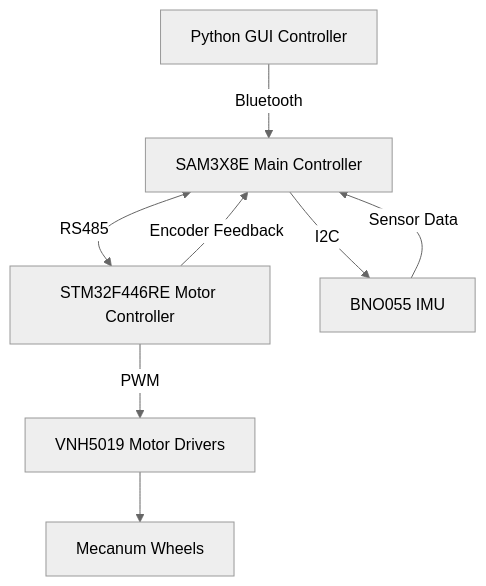
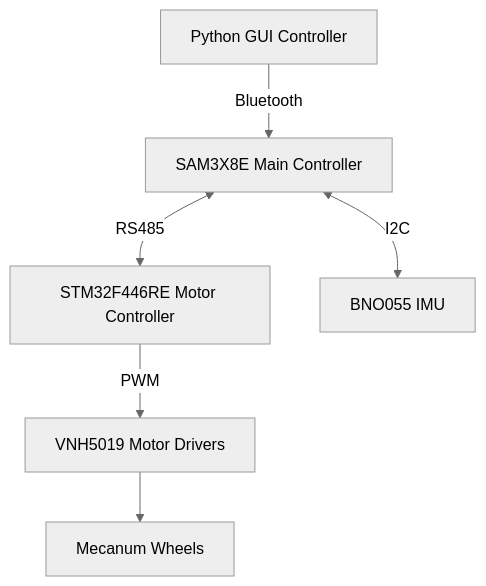
One commit to Banu-Liyanage/OmniDirectionalRobot-EN2160 changed the diagram in README.md. Above: the diagram before and after it, drawn with Mermaid (neutral theme). The commit also changed other lines of this file and 2 other files, not shown here.

````diff
--- a/README.md
+++ b/README.md
@@ -162,10 +161,10 @@
 ```mermaid
 graph TD
     A[Python GUI Controller] -->|Bluetooth| B[SAM3X8E Main Controller]
     B <-->|RS485| C[STM32F446RE Motor Controller]
-    B -->|I2C| D[BNO055 IMU]
+    B <-->|I2C| D[BNO055 IMU]
     C -->|PWM| E[VNH5019 Motor Drivers]
     E --> F[Mecanum Wheels]
-    D -->|Sensor Data| B
-    C -->|Encoder Feedback| B
+    
+    
 ```
````
